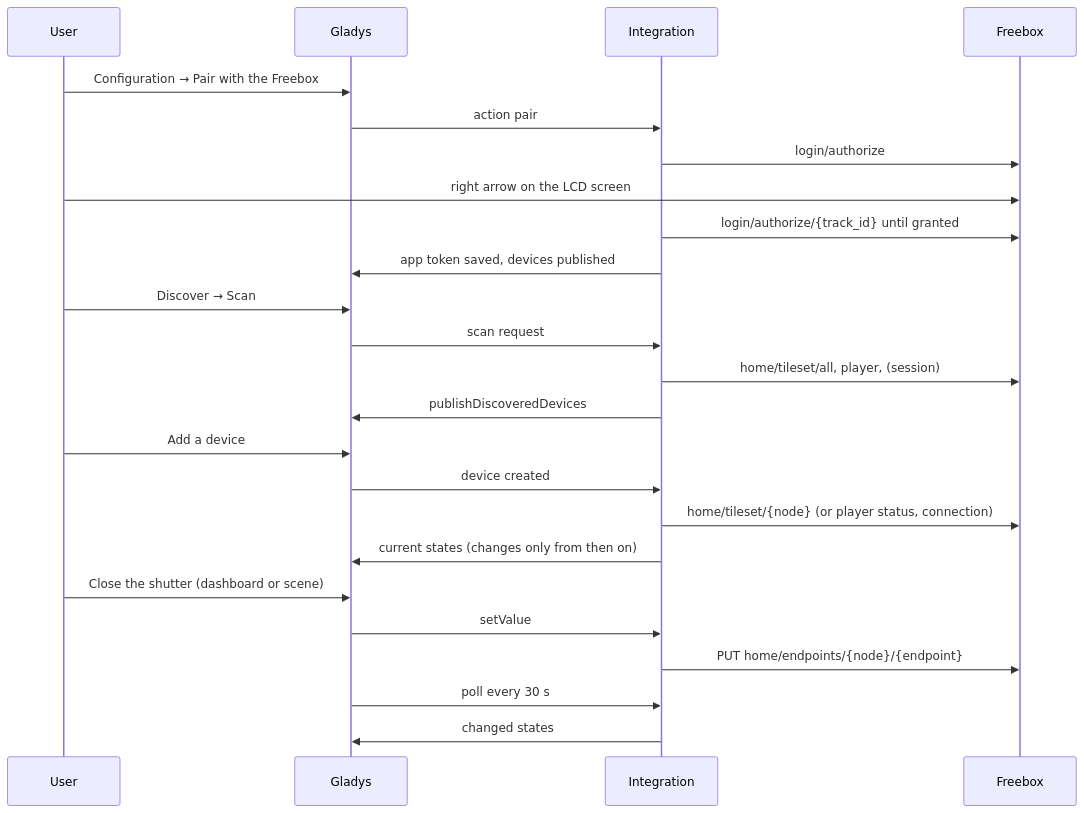
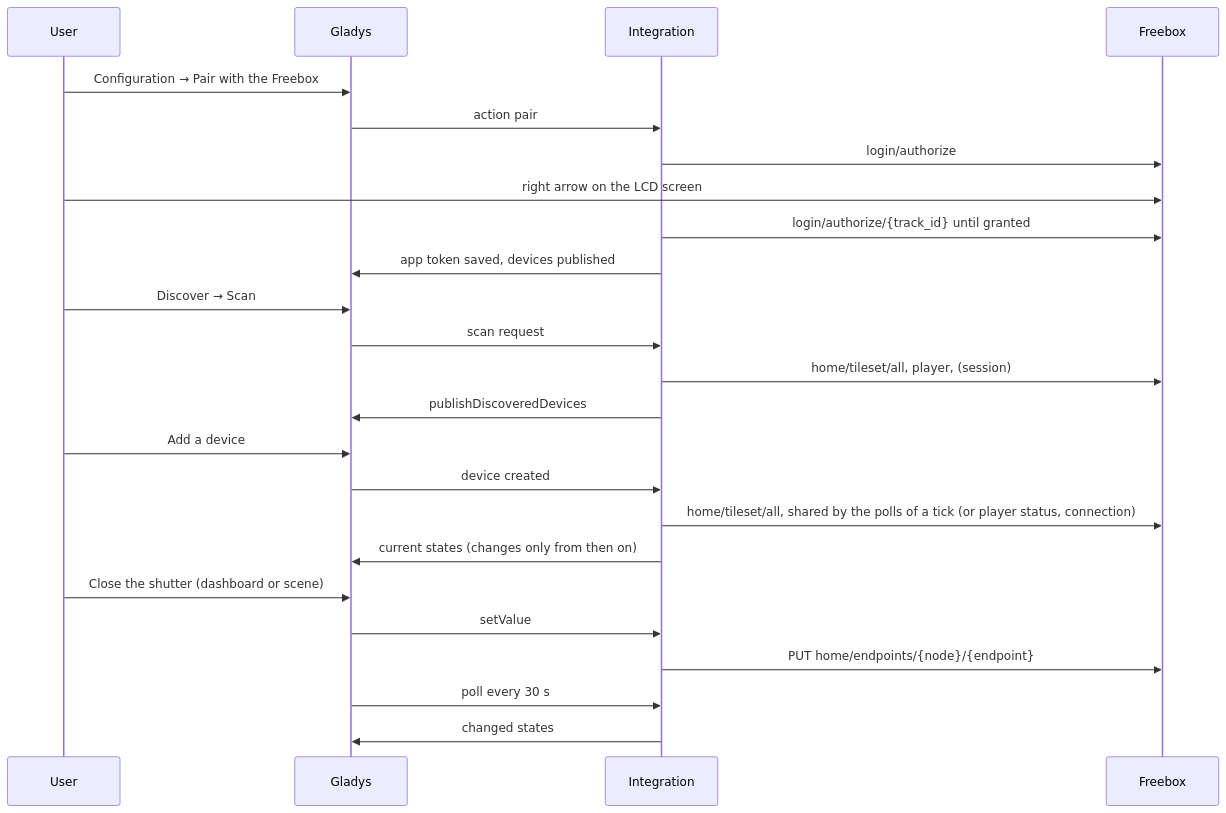
Before and after one commit to William-De71/gladys-freebox: the second of 3 diagrams in README.md, drawn with Mermaid. The commit also changed other lines of this file and 23 other files, not shown here.

````diff
--- a/README.md
+++ b/README.md
@@ -83,26 +83,26 @@
 ```mermaid
 sequenceDiagram
   participant U as User
   participant G as Gladys
   participant I as Integration
   participant F as Freebox
   U->>G: Configuration → Pair with the Freebox
   G->>I: action pair
   I->>F: login/authorize
   U->>F: right arrow on the LCD screen
   I->>F: login/authorize/{track_id} until granted
   I->>G: app token saved, devices published
   U->>G: Discover → Scan
   G->>I: scan request
   I->>F: home/tileset/all, player, (session)
   I->>G: publishDiscoveredDevices
   U->>G: Add a device
   G->>I: device created
-  I->>F: home/tileset/{node} (or player status, connection)
+  I->>F: home/tileset/all, shared by the polls of a tick (or player status, connection)
   I->>G: current states (changes only from then on)
   U->>G: Close the shutter (dashboard or scene)
   G->>I: setValue
   I->>F: PUT home/endpoints/{node}/{endpoint}
   G->>I: poll every 30 s
   I->>G: changed states
 ```
````
